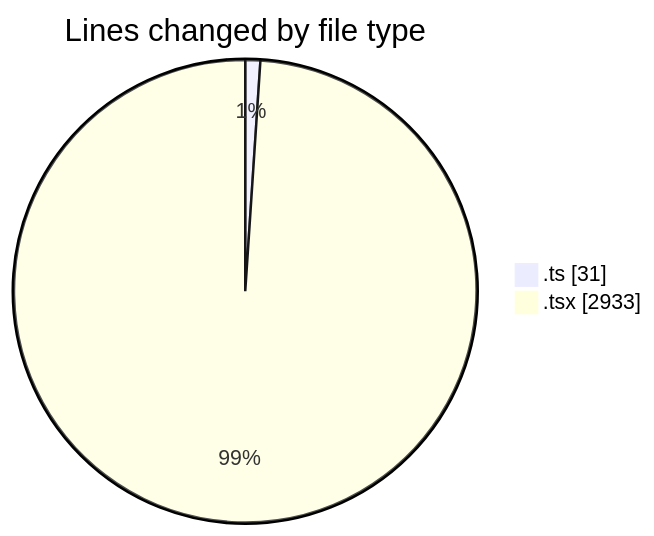
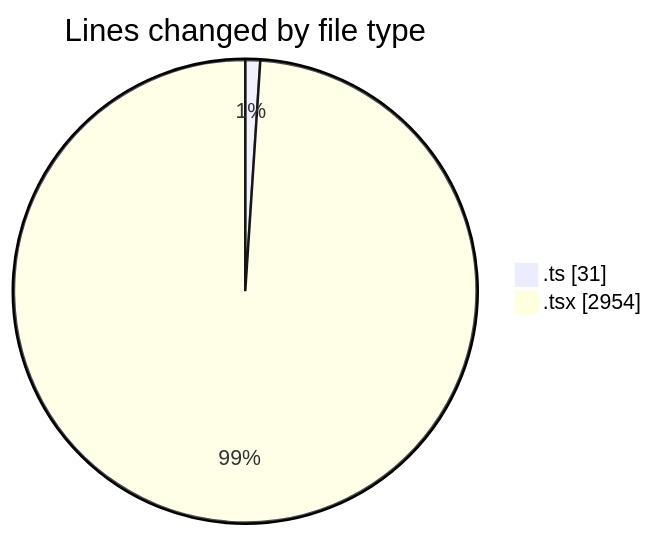
Before and after one commit to nxtqubesakshisongat/code-tracking: the first of 2 diagrams in 2026-04-24/nxtqube_webapp/README.md, drawn with Mermaid. The commit also changed other lines of this file and 1 other file, not shown here.

````diff
--- a/2026-04-24/nxtqube_webapp/README.md
+++ b/2026-04-24/nxtqube_webapp/README.md
@@ -24,6 +24,6 @@
 ```mermaid
 pie showData
 title Lines changed by file type
 ".ts" : 31
-".tsx" : 2933
+".tsx" : 2954
 ```
````
